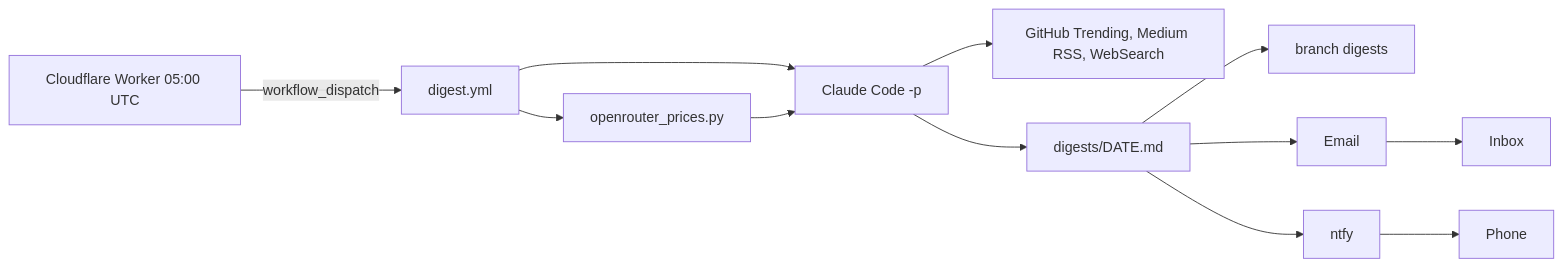
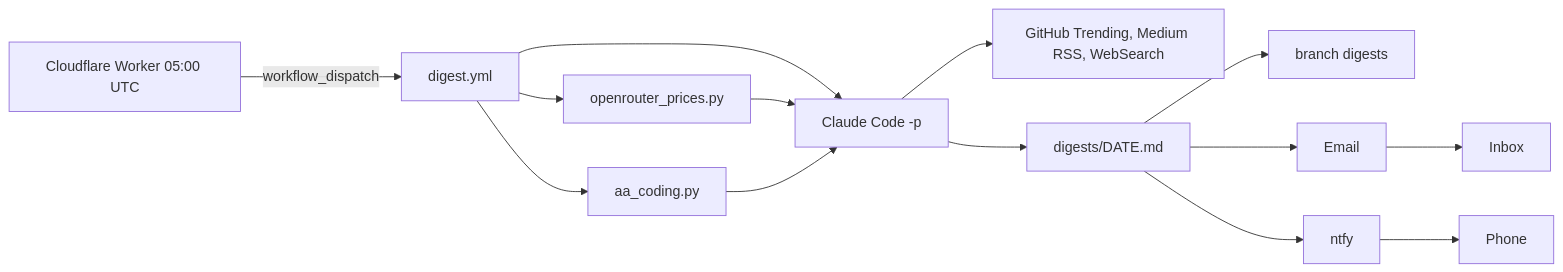
Before and after one commit to teodorio95-portofolio/ai-trends-digest: the diagram in README.md, drawn with Mermaid. The commit also changed other lines of this file and 4 other files, not shown here.

````diff
--- a/README.md
+++ b/README.md
@@ -14,12 +14,14 @@
 ```mermaid
 flowchart LR
   worker[Cloudflare Worker 05:00 UTC] -->|workflow_dispatch| wf[digest.yml]
   wf --> or[openrouter_prices.py]
   wf --> cc[Claude Code -p]
   cc --> src[GitHub Trending, Medium RSS, WebSearch]
+  wf --> aa[aa_coding.py]
   or --> cc
+  aa --> cc
   cc --> md[digests/DATE.md]
   md --> branch[branch digests]
   md --> mail[Email] --> inbox[Inbox]
   md --> ntfy[ntfy] --> phone[Phone]
 ```
````
